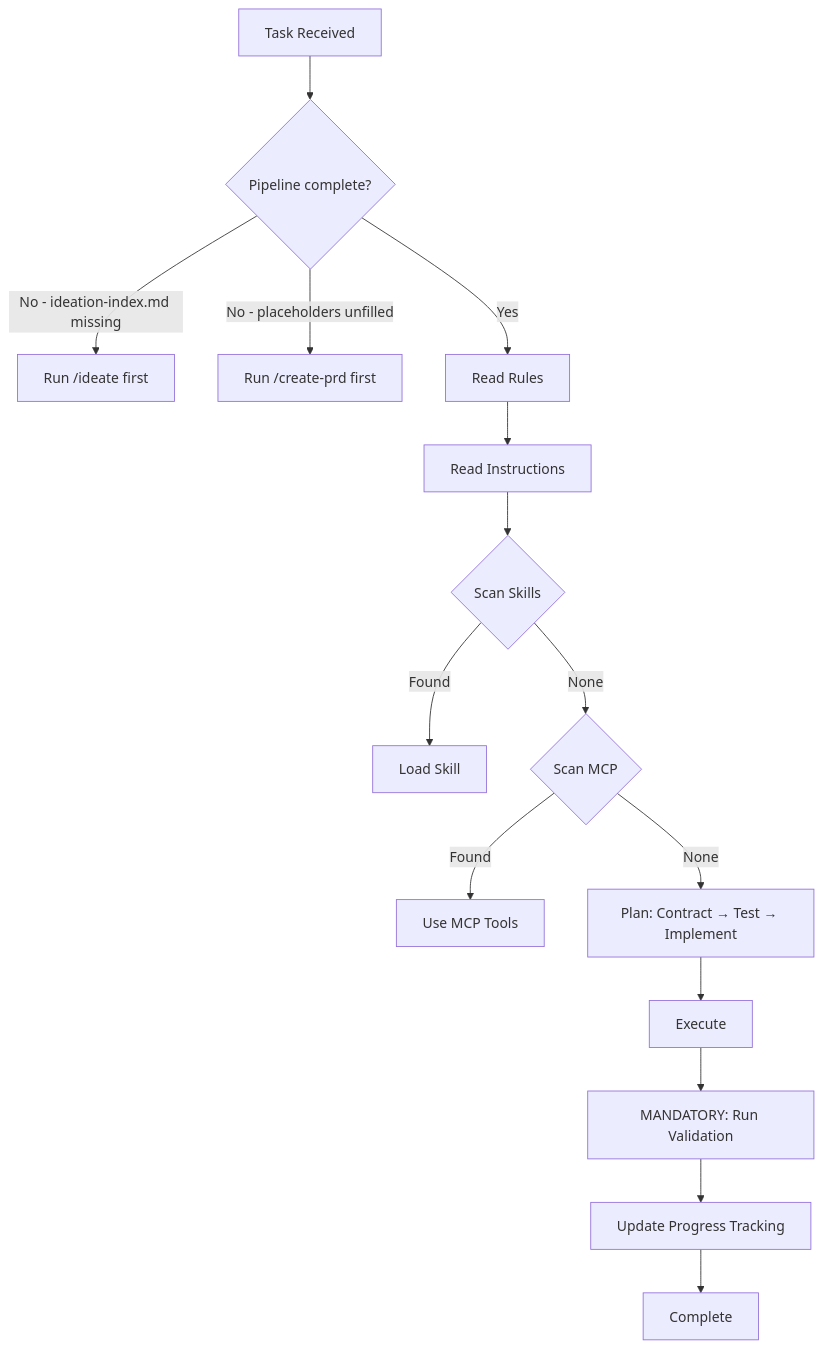
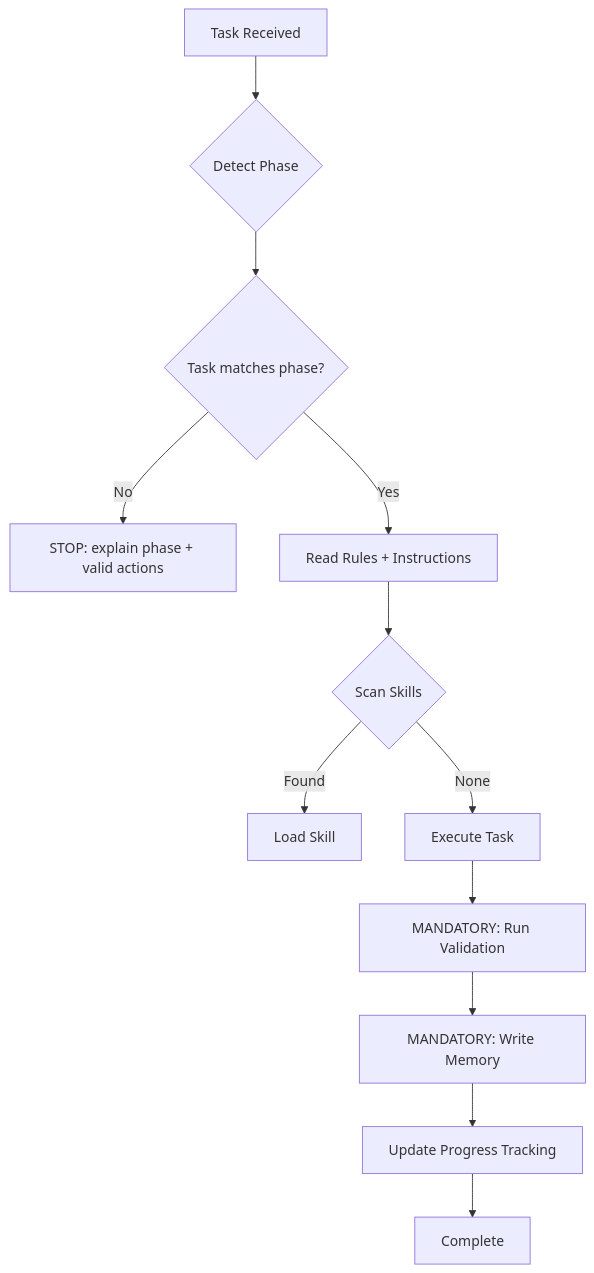
The diagram in GEMINI.md (RepairYourTech/cfsa-antigravity), drawn with Mermaid before and after one commit. The commit also changed other lines of this file and 25 other files, not shown here.

````diff
--- a/GEMINI.md
+++ b/GEMINI.md
@@ -162,17 +165,14 @@
 ```mermaid
 graph TD
-    A[Task Received] --> B{Pipeline complete?}
-    B -->|No - ideation-index.md missing| C[Run /ideate first]
-    B -->|No - placeholders unfilled| D[Run /create-prd first]
-    B -->|Yes| E[Read Rules]
-    E --> F[Read Instructions]
-    F --> G{Scan Skills}
+    A[Task Received] --> P{Detect Phase}
+    P --> B{Task matches phase?}
+    B -->|No| F[STOP: explain phase + valid actions]
+    B -->|Yes| E[Read Rules + Instructions]
+    E --> G{Scan Skills}
     G -->|Found| H[Load Skill]
-    G -->|None| I{Scan MCP}
-    I -->|Found| J[Use MCP Tools]
-    I -->|None| K[Plan: Contract → Test → Implement]
-    K --> L[Execute]
-    L --> M[MANDATORY: Run Validation]
+    G -->|None| K[Execute Task]
+    K --> L[MANDATORY: Run Validation]
+    L --> M[MANDATORY: Write Memory]
     M --> N[Update Progress Tracking]
     N --> O[Complete]
 ```
````
